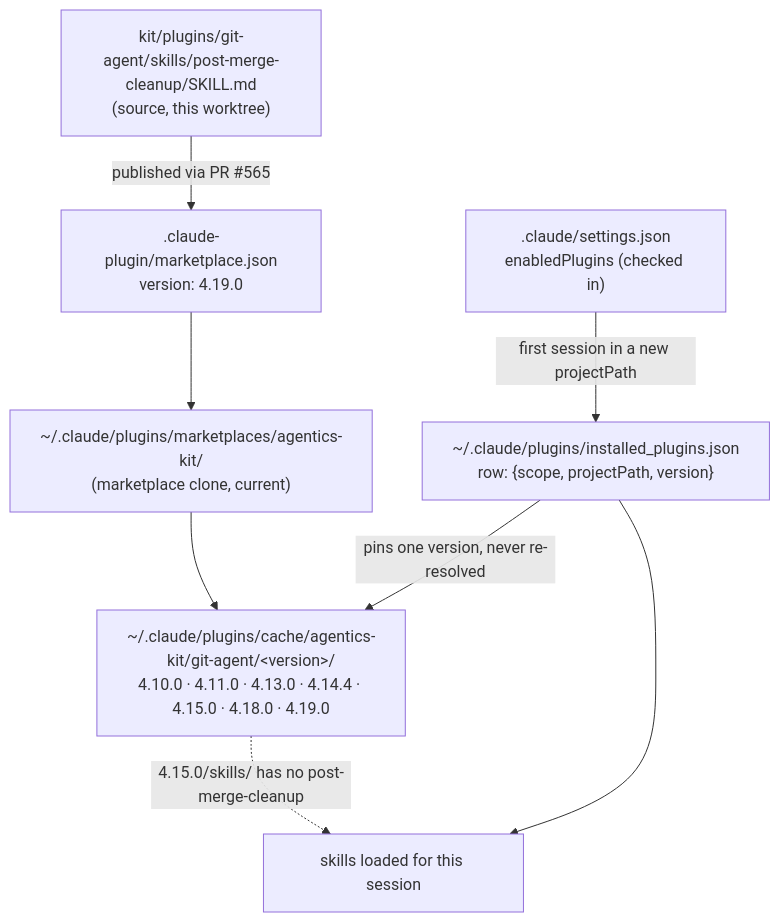
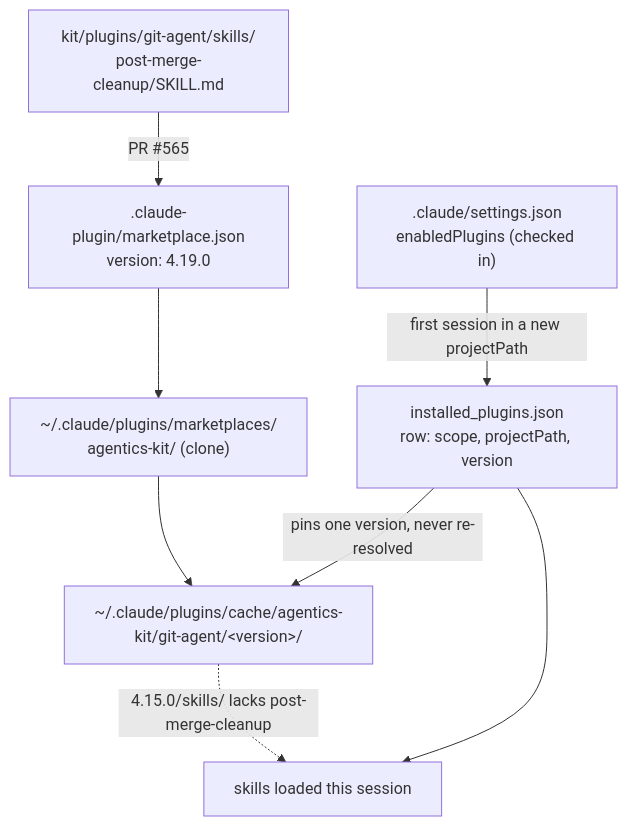
The first of 2 diagrams in docs/plans/sessions/document-worktree-plugin-pinning-session.md (shawn-sandy/agentics), drawn with Mermaid before and after one commit. The commit also changed other lines of this file and 3 other files, not shown here.

Commit message:
docs: republish plugin-pinning recap with svgs inlined, update session record, add worktree-update script

````diff
--- a/docs/plans/sessions/document-worktree-plugin-pinning-session.md
+++ b/docs/plans/sessions/document-worktree-plugin-pinning-session.md
@@ -36,10 +42,10 @@
 ```mermaid
 flowchart TD
-  A["kit/plugins/git-agent/skills/post-merge-cleanup/SKILL.md<br/>(source, this worktree)"] -->|"published via PR #565"| B[".claude-plugin/marketplace.json<br/>version: 4.19.0"]
-  B --> C["~/.claude/plugins/marketplaces/agentics-kit/<br/>(marketplace clone, current)"]
-  C --> D["~/.claude/plugins/cache/agentics-kit/git-agent/&lt;version&gt;/<br/>4.10.0 · 4.11.0 · 4.13.0 · 4.14.4 · 4.15.0 · 4.18.0 · 4.19.0"]
-  E[".claude/settings.json<br/>enabledPlugins (checked in)"] -->|"first session in a new projectPath"| F["~/.claude/plugins/installed_plugins.json<br/>row: {scope, projectPath, version}"]
+  A["kit/plugins/git-agent/skills/<br/>post-merge-cleanup/SKILL.md"] -->|"PR #565"| B[".claude-plugin/marketplace.json<br/>version: 4.19.0"]
+  B --> C["~/.claude/plugins/marketplaces/<br/>agentics-kit/ (clone)"]
+  C --> D["~/.claude/plugins/cache/agentics-kit/git-agent/&lt;version&gt;/"]
+  E[".claude/settings.json<br/>enabledPlugins (checked in)"] -->|"first session in a new projectPath"| F["installed_plugins.json<br/>row: scope, projectPath, version"]
   F -->|"pins one version, never re-resolved"| D
-  F --> G["skills loaded for this session"]
-  D -.->|"4.15.0/skills/ has no post-merge-cleanup"| G
+  F --> G["skills loaded this session"]
+  D -.->|"4.15.0/skills/ lacks post-merge-cleanup"| G
 ```
````
